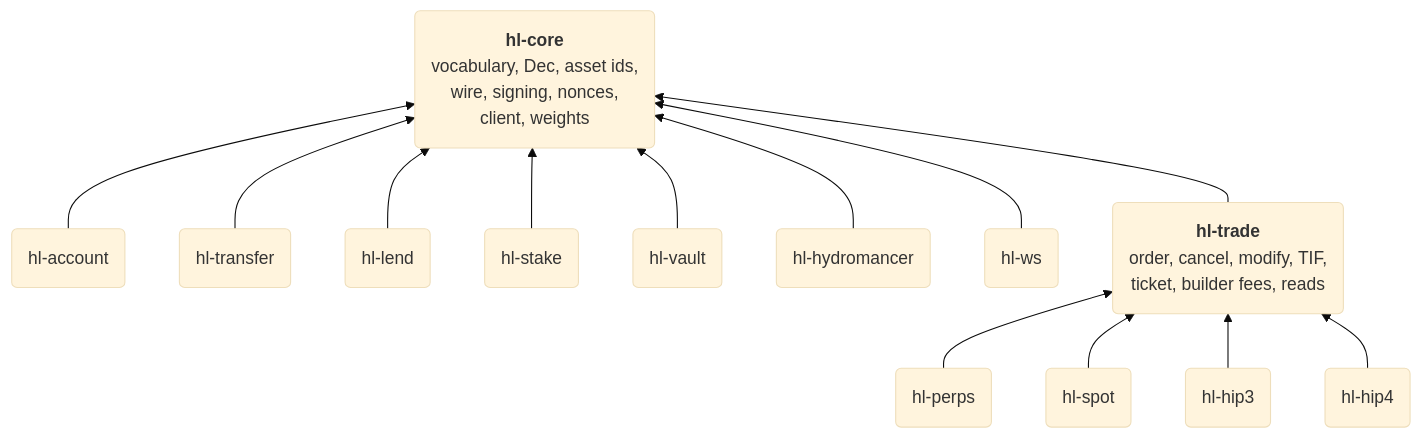
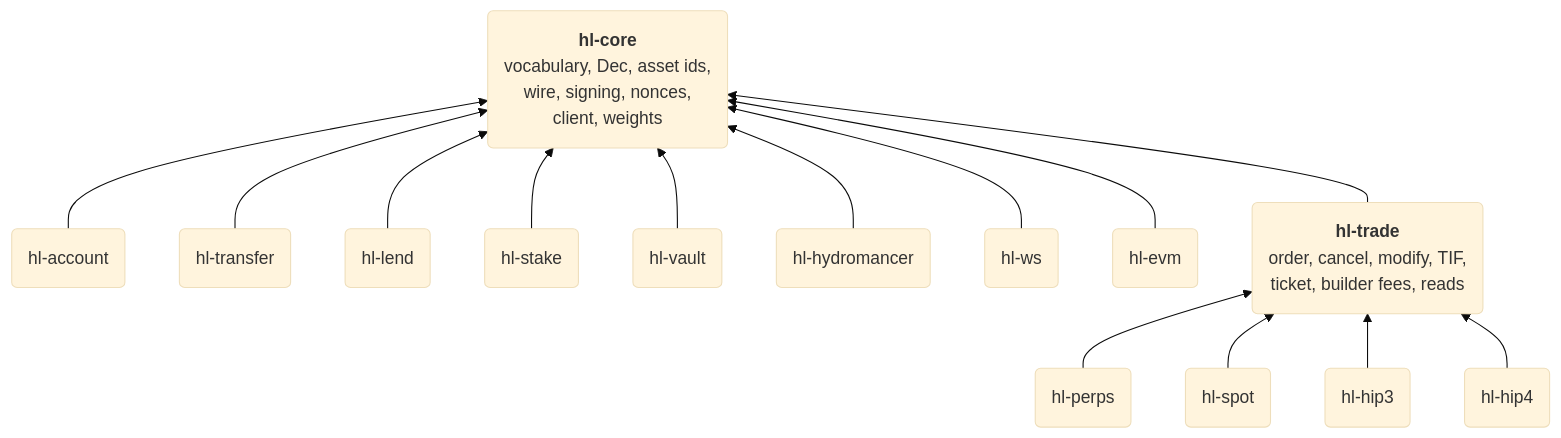
Before and after one commit to dennisfurrer/df-hyperliquid-core: the diagram in README.md, drawn with Mermaid (base theme). The commit also changed other lines of this file and 33 other files, not shown here.

````diff
--- a/README.md
+++ b/README.md
@@ -5,19 +5,20 @@
 ```mermaid
 flowchart BT
   CORE("<b>hl-core</b><br/>vocabulary, Dec, asset ids,<br/>wire, signing, nonces,<br/>client, weights")
   TRADE("<b>hl-trade</b><br/>order, cancel, modify, TIF,<br/>ticket, builder fees, reads")
 
   ACCOUNT("hl-account") --> CORE
   TRANSFER("hl-transfer") --> CORE
   LEND("hl-lend") --> CORE
   STAKE("hl-stake") --> CORE
   VAULT("hl-vault") --> CORE
   HYDRO("hl-hydromancer") --> CORE
   WS("hl-ws") --> CORE
+  EVM("hl-evm") --> CORE
   TRADE --> CORE
 
   PERPS("hl-perps") --> TRADE
   SPOT("hl-spot") --> TRADE
   HIP3("hl-hip3") --> TRADE
   HIP4("hl-hip4") --> TRADE
 ```
````
